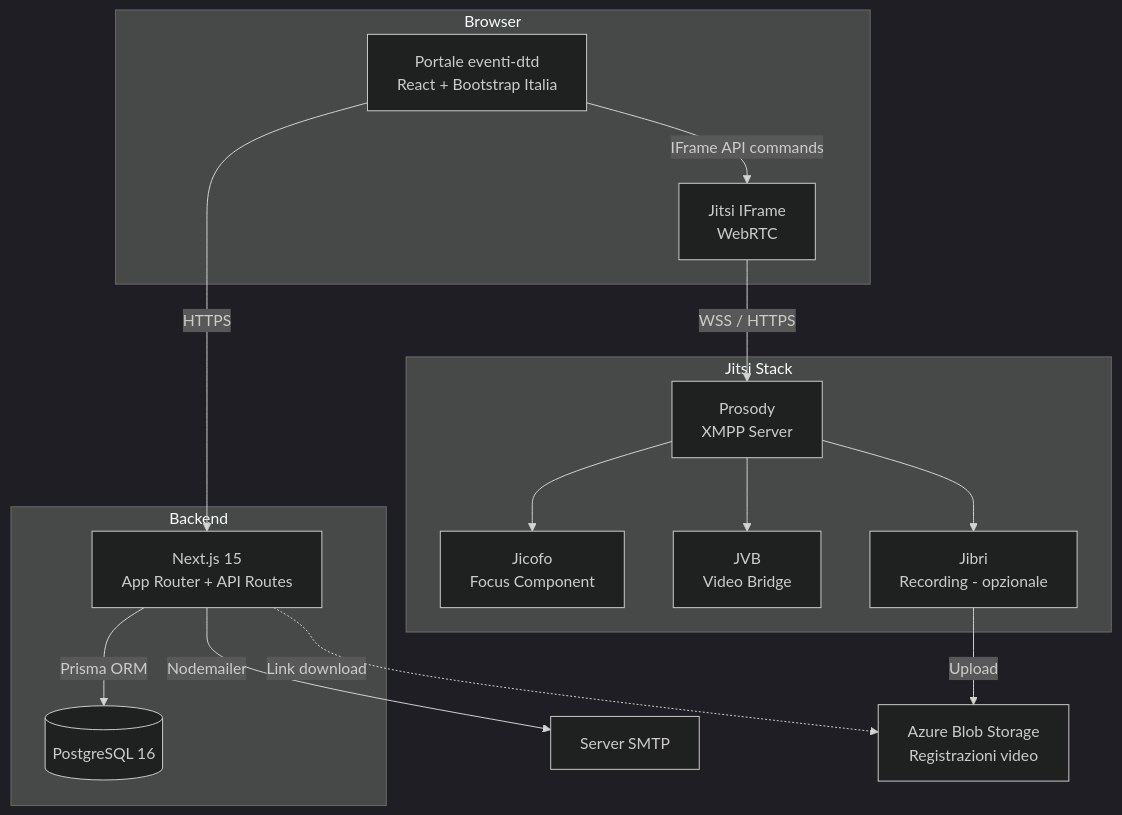
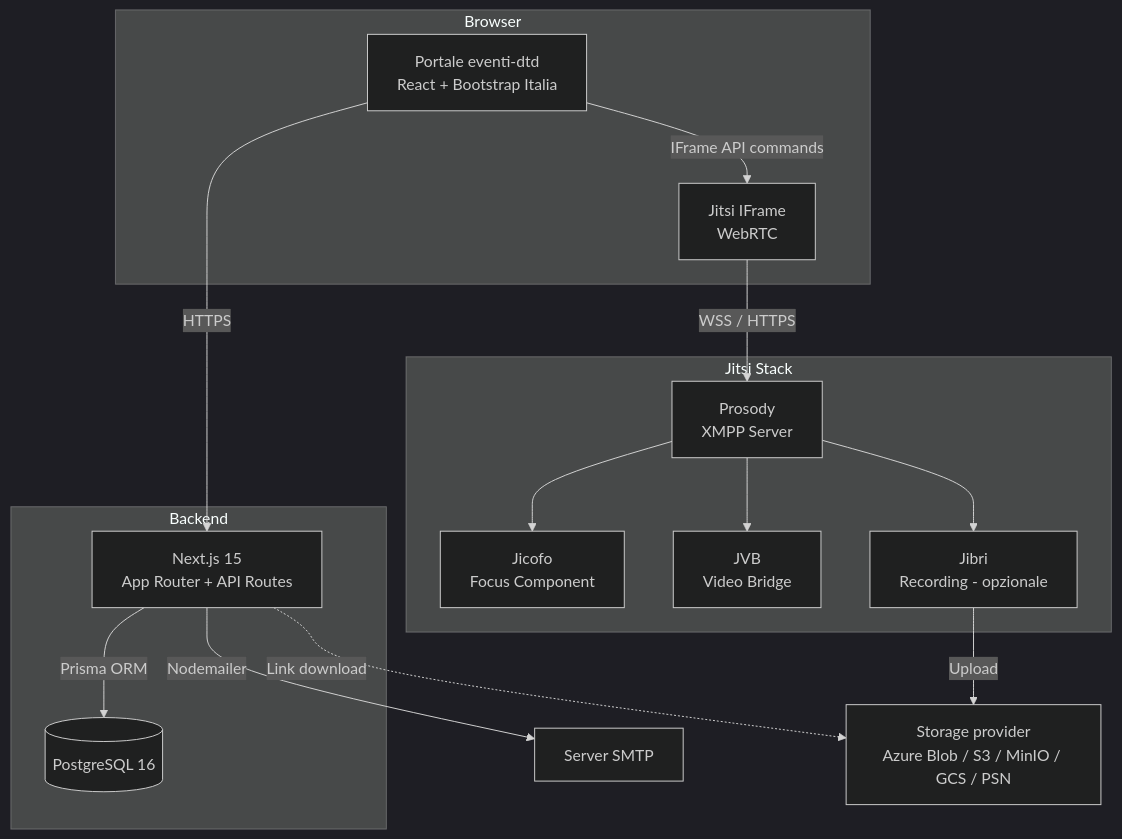
Before and after one commit to italia/pa-webinar: the first of 15 diagrams in docs/ARCHITECTURE.md, drawn with Mermaid (dark theme). The commit also changed other lines of this file and 13 other files, not shown here.

````diff
--- a/docs/ARCHITECTURE.md
+++ b/docs/ARCHITECTURE.md
@@ -13,33 +13,33 @@
 ```mermaid
 graph TD
     subgraph Browser
         UI["Portale eventi-dtd<br/>React + Bootstrap Italia"]
         IFRAME["Jitsi IFrame<br/>WebRTC"]
         UI -- "IFrame API commands" --> IFRAME
     end
 
     subgraph Backend
         NEXTJS["Next.js 15<br/>App Router + API Routes"]
         DB[("PostgreSQL 16")]
     end
 
     subgraph Jitsi Stack
         PROSODY["Prosody<br/>XMPP Server"]
         JICOFO["Jicofo<br/>Focus Component"]
         JVB["JVB<br/>Video Bridge"]
         JIBRI["Jibri<br/>Recording - opzionale"]
         PROSODY --> JICOFO
         PROSODY --> JVB
         PROSODY --> JIBRI
     end
 
     SMTP["Server SMTP"]
-    BLOB["Azure Blob Storage<br/>Registrazioni video"]
+    BLOB["Storage provider<br/>Azure Blob / S3 / MinIO / GCS / PSN"]
 
     UI -- "HTTPS" --> NEXTJS
     IFRAME -- "WSS / HTTPS" --> PROSODY
     NEXTJS -- "Prisma ORM" --> DB
     NEXTJS -- "Nodemailer" --> SMTP
     JIBRI -- "Upload" --> BLOB
     NEXTJS -. "Link download" .-> BLOB
 ```
````
